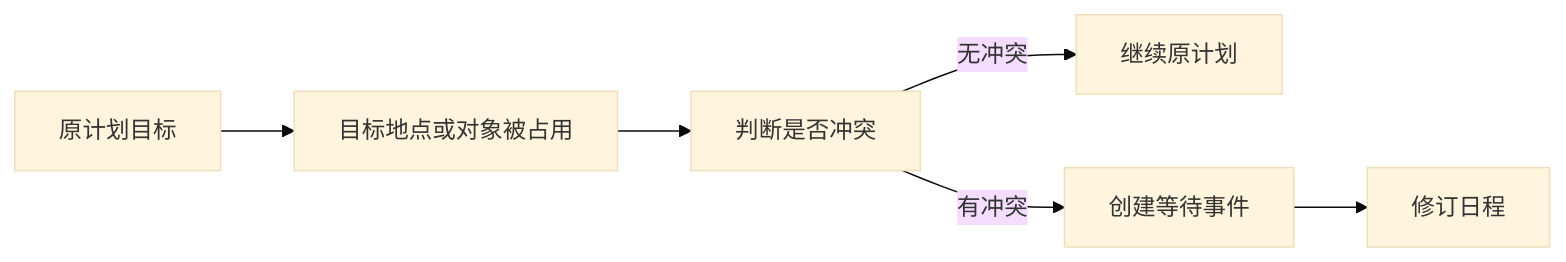
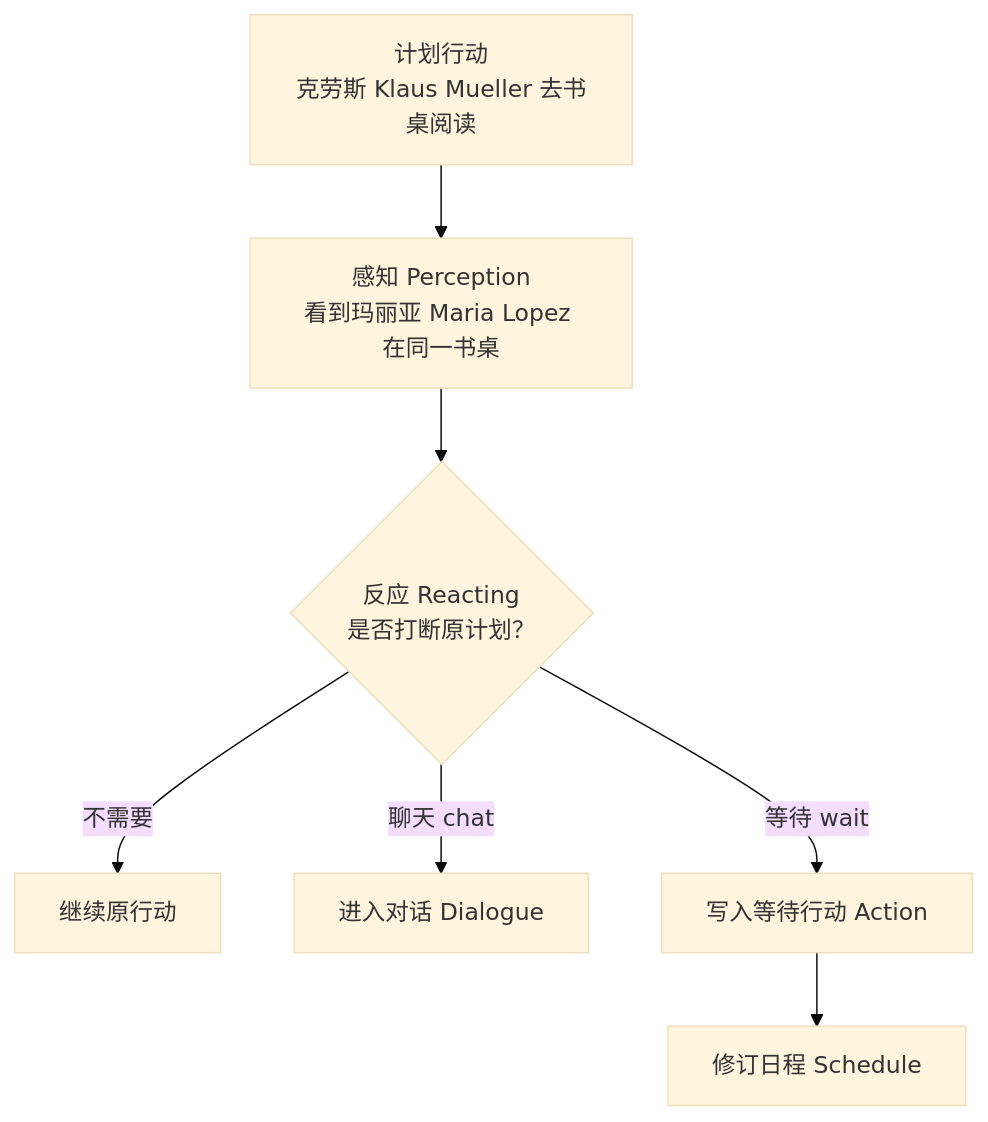
Before and after one commit to tbkken/GenerativeAgentsCN: the diagram in docs/book/manuscript/part_01/chapter_09.md, drawn with Mermaid (base theme). The commit also changed other lines of this file and 16 other files, not shown here.

````diff
--- a/docs/book/manuscript/part_01/chapter_09.md
+++ b/docs/book/manuscript/part_01/chapter_09.md
@@ -182,8 +84,9 @@
 ```mermaid
-flowchart LR
-    Target["原计划目标"] --> Occupied["目标地点或对象被占用"]
-    Occupied --> Decide["判断是否冲突"]
-    Decide -- 无冲突 --> Continue["继续原计划"]
-    Decide -- 有冲突 --> Wait["创建等待事件"]
-    Wait --> Revise["修订日程"]
+flowchart TD
+    A["计划行动<br/>克劳斯 Klaus Mueller 去书桌阅读"] --> B["感知 Perception<br/>看到玛丽亚 Maria Lopez 在同一书桌"]
+    B --> C{"反应 Reacting<br/>是否打断原计划？"}
+    C -->|不需要| D["继续原行动"]
+    C -->|聊天 chat| E["进入对话 Dialogue"]
+    C -->|等待 wait| F["写入等待行动 Action"]
+    F --> G["修订日程 Schedule"]
 ```
````
